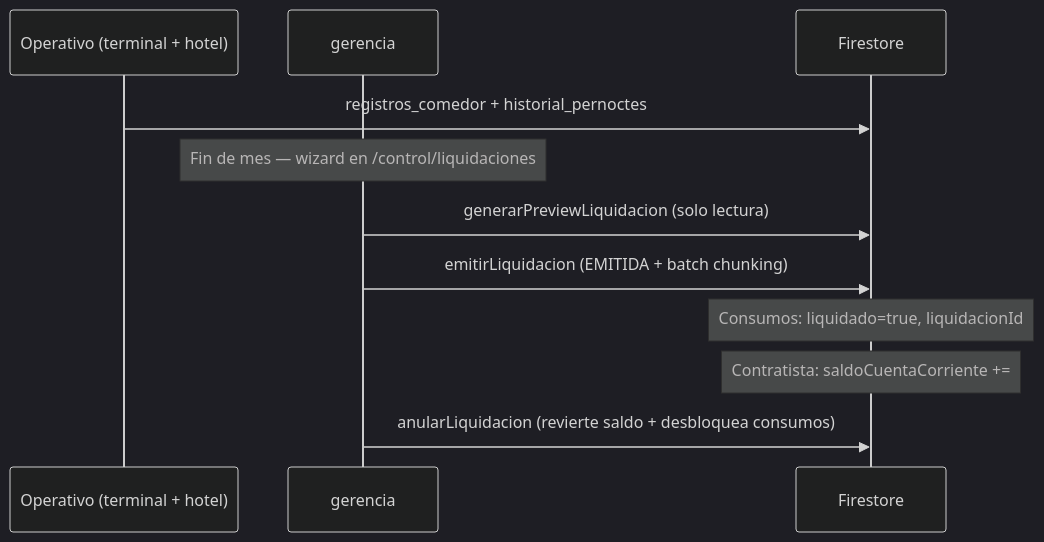
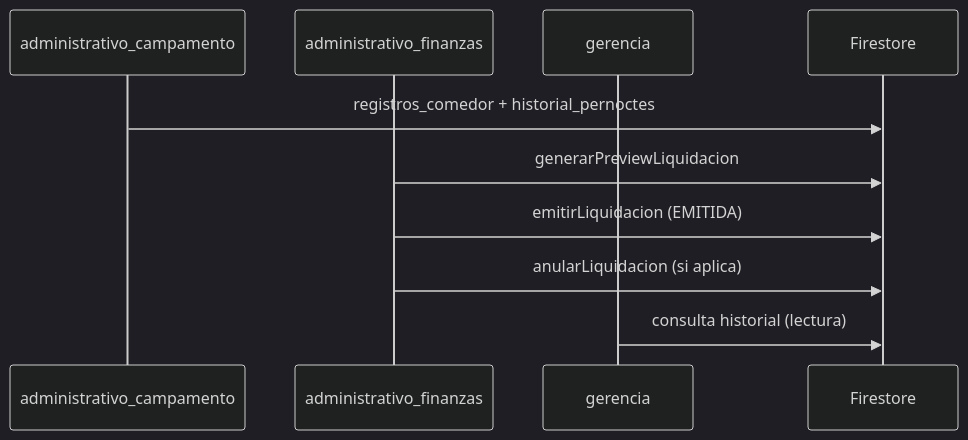
One commit to Gonzamiguel/cocinaIndustrial changed the fourth of 5 diagrams in ARQUITECTURA.md. Above: the diagram before and after it, drawn with Mermaid (dark theme). The commit also changed other lines of this file and 26 other files, not shown here.

````diff
--- a/ARQUITECTURA.md
+++ b/ARQUITECTURA.md
@@ -262,14 +330,13 @@
 ```mermaid
 sequenceDiagram
-  participant OPS as Operativo (terminal + hotel)
+  participant CAMP as administrativo_campamento
+  participant FIN as administrativo_finanzas
   participant GER as gerencia
   participant FS as Firestore
 
-  OPS->>FS: registros_comedor + historial_pernoctes
-  Note over GER: Fin de mes — wizard en /control/liquidaciones
-  GER->>FS: generarPreviewLiquidacion (solo lectura)
-  GER->>FS: emitirLiquidacion (EMITIDA + batch chunking)
-  Note over FS: Consumos: liquidado=true, liquidacionId
-  Note over FS: Contratista: saldoCuentaCorriente +=
-  GER->>FS: anularLiquidacion (revierte saldo + desbloquea consumos)
+  CAMP->>FS: registros_comedor + historial_pernoctes
+  FIN->>FS: generarPreviewLiquidacion
+  FIN->>FS: emitirLiquidacion (EMITIDA)
+  FIN->>FS: anularLiquidacion (si aplica)
+  GER->>FS: consulta historial (lectura)
 ```
````
